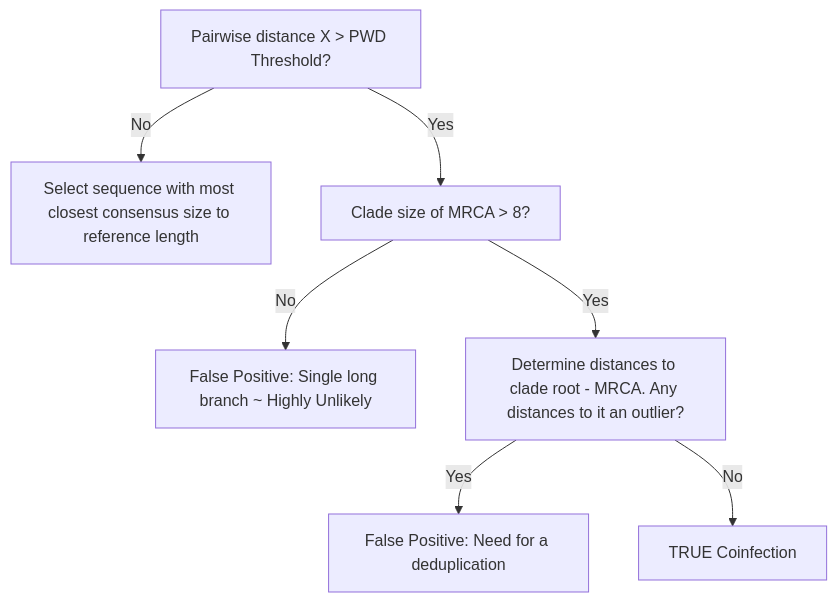
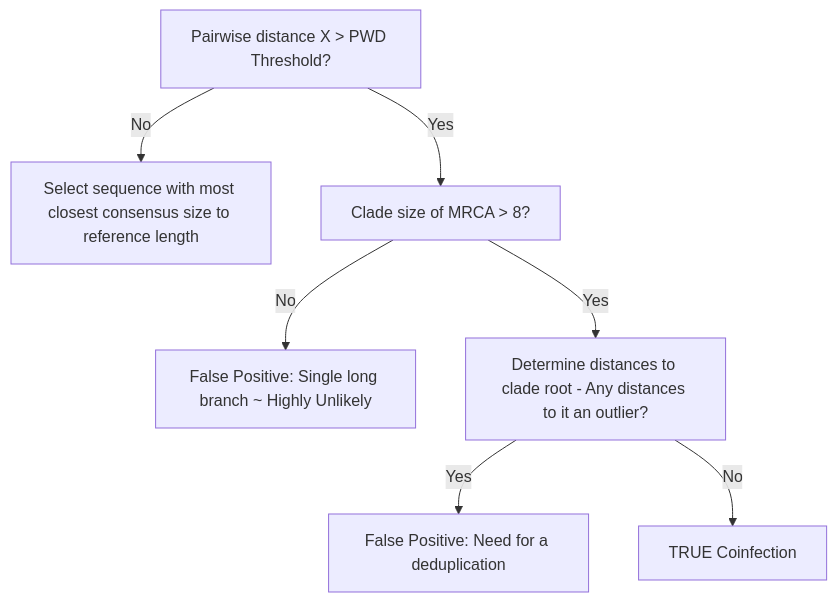
Before and after one commit to Joon-Klaps/lasvdedup: the diagram in README.md, drawn with Mermaid.

````diff
--- a/README.md
+++ b/README.md
@@ -14,11 +14,11 @@
 ```mermaid
 graph TD;
     A[Pairwise distance X > PWD Threshold?] -->|No| B[Select sequence with most closest consensus size to reference length]
     A -->|Yes| E[Clade size of MRCA > 8?]
 
     E -->|No| F[False Positive: Single long branch ~ Highly Unlikely]
-    E -->|Yes| G[Determine distances to clade root - MRCA. Any distances to it an outlier?]
+    E -->|Yes| G[Determine distances to clade root - Any distances to it an outlier?]
 
     G -->|Yes| H[False Positive: Need for a deduplication]
     G -->|No| I[TRUE Coinfection]
 ```
````
